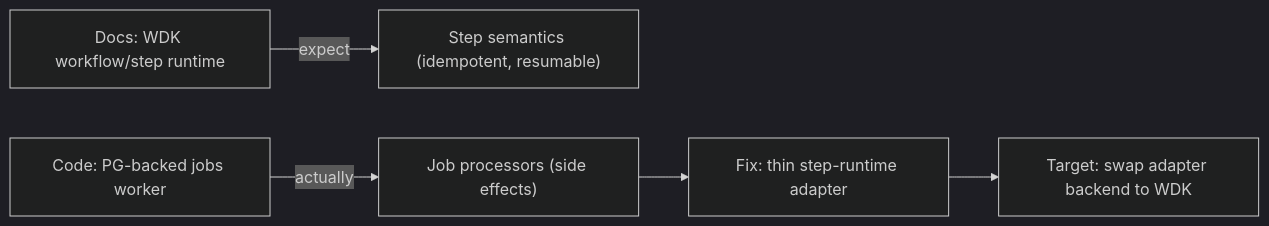
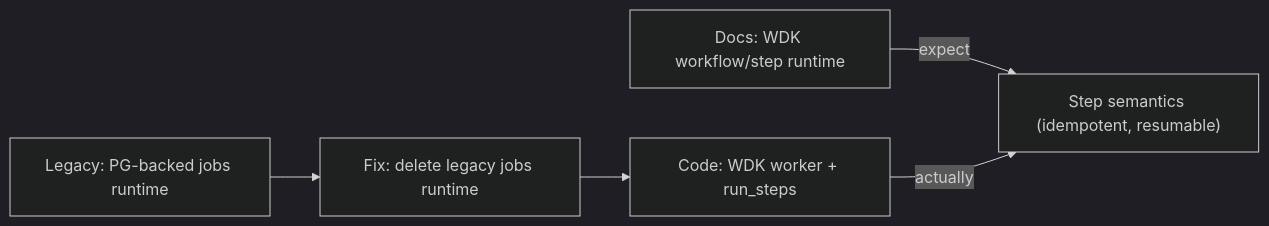
One commit to marchatton/legaltech-poc changed the diagram in docs/04-projects/02-features/0011_chat_interface/drift-items/01-orchestration-runtime-drift.md. Above: the diagram before and after it, drawn with Mermaid (dark theme). The commit also changed other lines of this file and 8 other files, not shown here.

````diff
--- a/docs/04-projects/02-features/0011_chat_interface/drift-items/01-orchestration-runtime-drift.md
+++ b/docs/04-projects/02-features/0011_chat_interface/drift-items/01-orchestration-runtime-drift.md
@@ -25,7 +25,7 @@
 ```mermaid
 flowchart LR
   D[Docs: WDK workflow/step runtime] -->|expect| S["Step semantics (idempotent, resumable)"]
-  C[Code: PG-backed jobs worker] -->|actually| J["Job processors (side effects)"]
-  J --> F[Fix: thin step-runtime adapter]
-  F --> T[Target: swap adapter backend to WDK]
+  C[Code: WDK worker + run_steps] -->|actually| S
+  L[Legacy: PG-backed jobs runtime] --> F[Fix: delete legacy jobs runtime]
+  F --> C
 ```
````
